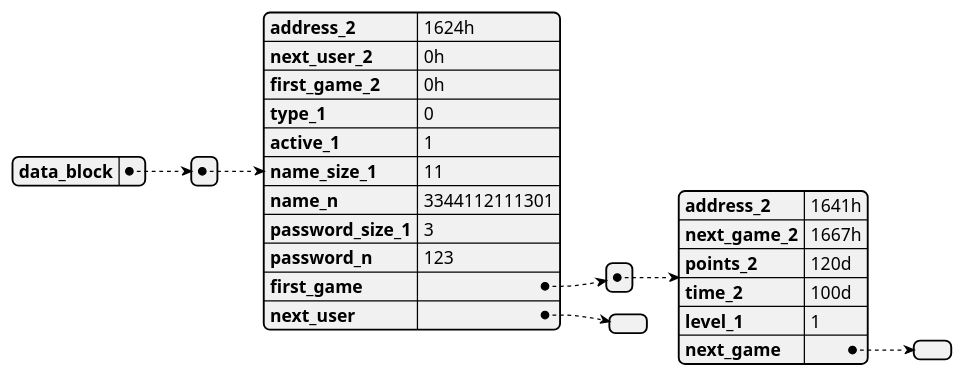
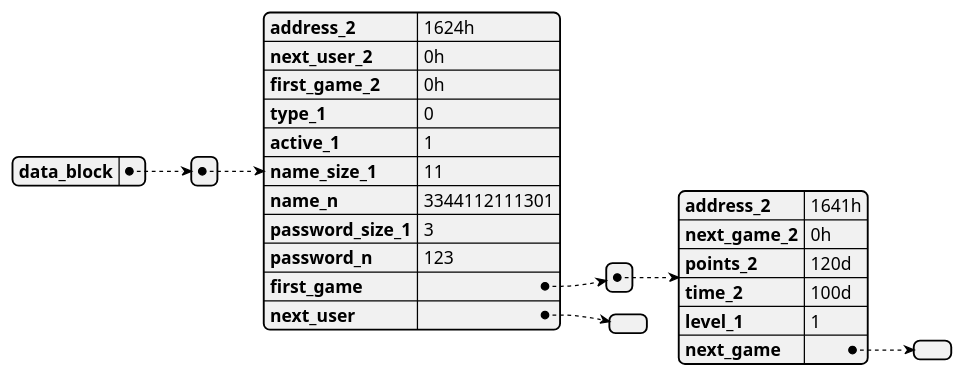
One commit to damianpeaf/ACE1_Proyecto2 changed the second of 3 diagrams in docs/tech/Readme.md. Above: the diagram before and after it, drawn with PlantUML. The commit also changed other lines of this file and 14 other files, not shown here.

````diff
--- a/docs/tech/Readme.md
+++ b/docs/tech/Readme.md
@@ -106,32 +106,32 @@
 ```plantuml
 @startjson
 {
     "data_block": [
         {
             "address_2": "1624h",
             "next_user_2": "0h",
             "first_game_2": "0h",
             "type_1": 0,
             "active_1": 1,
             "name_size_1": 11,
             "name_n": "3344112111301",
             "password_size_1": 3,
             "password_n": "123",
             "first_game": [
                 {
                     "address_2": "1641h",
-                    "next_game_2": "1667h",
+                    "next_game_2": "0h",
                     "points_2": "120d",
                     "time_2": "100d",
                     "level_1": 1,
                     "next_game": []
                 }
             ],
             "next_user": [
             ]
         }
     ]
 }
 
 @endjson
 ```
````
